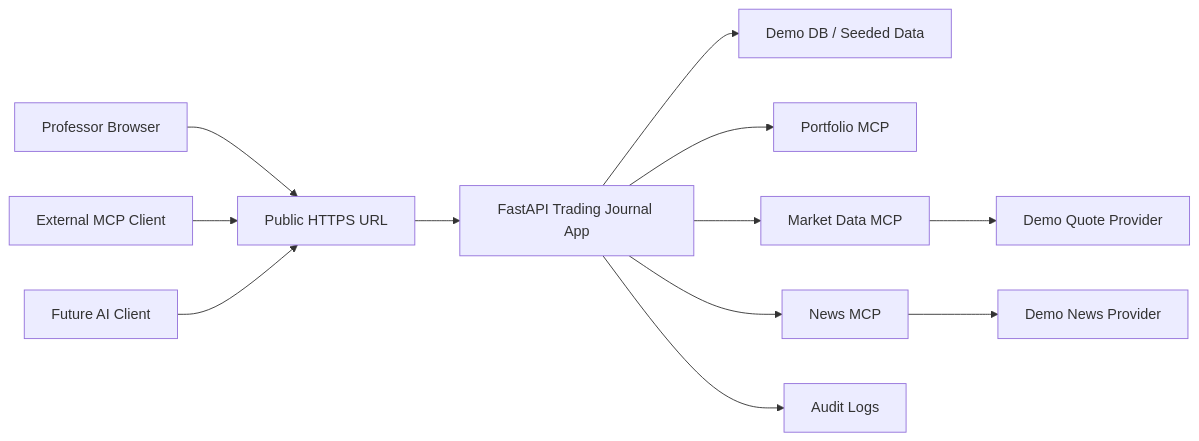
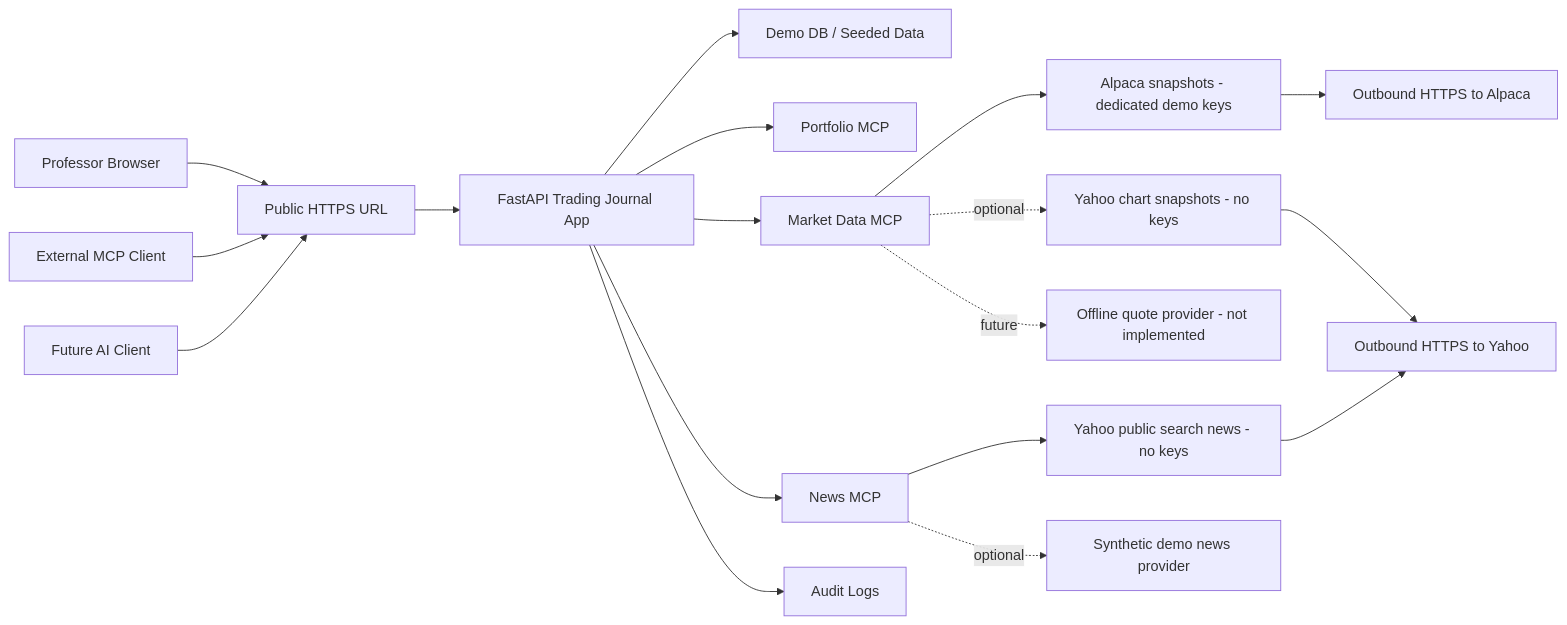
One commit to thejavascriptways/IFSC-78603-Graduate-Project-trading_journal-mcp changed the first of 2 diagrams in docs/deployment_plan.md. Above: the diagram before and after it, drawn with Mermaid. The commit also changed other lines of this file and 40 other files, not shown here.

````diff
--- a/docs/deployment_plan.md
+++ b/docs/deployment_plan.md
@@ -341,16 +345,22 @@
 ```mermaid
 flowchart LR
     P["Professor Browser"] --> HTTPS["Public HTTPS URL"]
     C["External MCP Client"] --> HTTPS
     AI["Future AI Client"] --> HTTPS
 
     HTTPS --> APP["FastAPI Trading Journal App"]
     APP --> DB["Demo DB / Seeded Data"]
     APP --> PMCP["Portfolio MCP"]
     APP --> MMCP["Market Data MCP"]
     APP --> NMCP["News MCP"]
     APP --> AUDIT["Audit Logs"]
 
-    MMCP --> FAKE["Demo Quote Provider"]
-    NMCP --> FN["Demo News Provider"]
+    MMCP --> ALPACA["Alpaca snapshots - dedicated demo keys"]
+    MMCP -. optional .-> YCHART["Yahoo chart snapshots - no keys"]
+    NMCP --> YNEWS["Yahoo public search news - no keys"]
+    YCHART --> EXT["Outbound HTTPS to Yahoo"]
+    ALPACA --> AEXT["Outbound HTTPS to Alpaca"]
+    YNEWS --> EXT
+    MMCP -. future .-> FAKE["Offline quote provider - not implemented"]
+    NMCP -. optional .-> FN["Synthetic demo news provider"]
 ```
````
